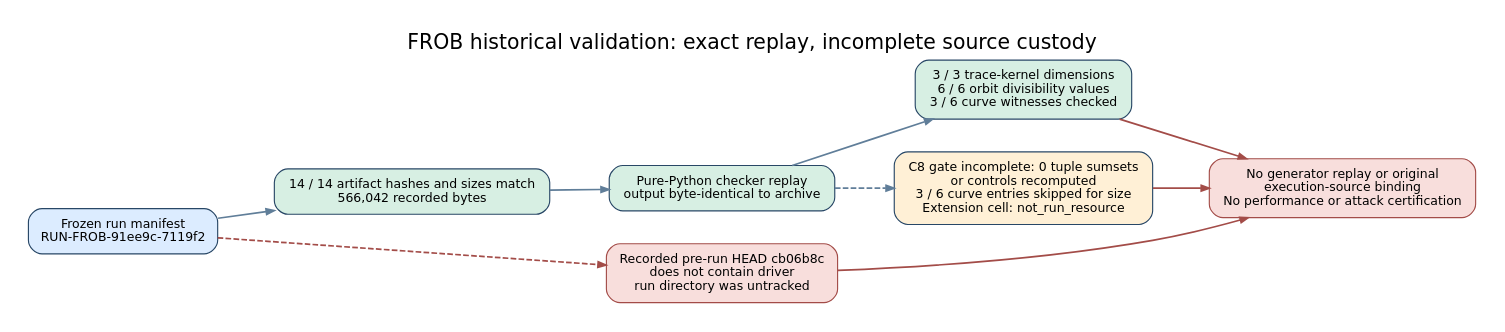
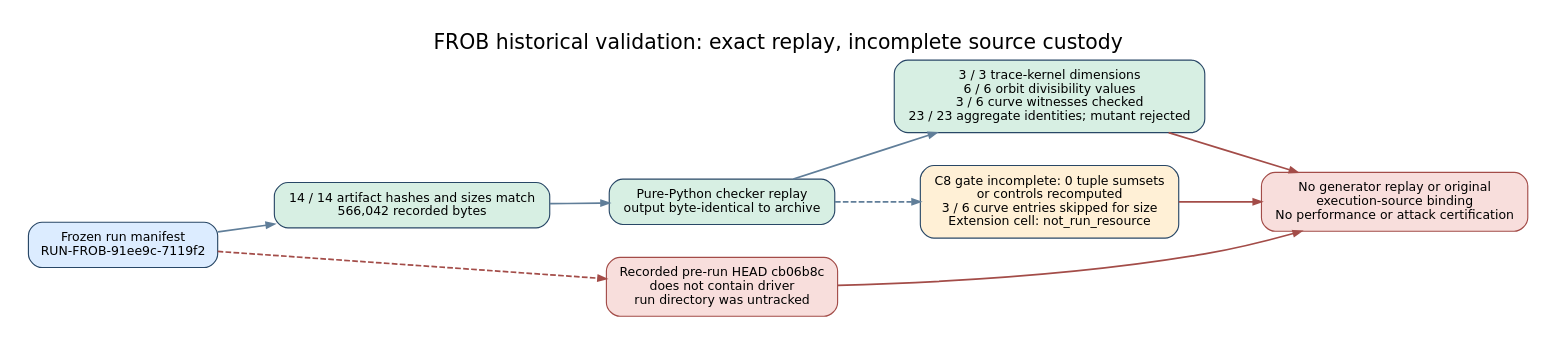
Before and after one commit to aburan28/crypto-autoresearcher: the diagram in docs/reports/2026-10-22-frob-provenance-audit/audit.dot, drawn with Graphviz. The commit also changed 9 other files, not shown here.

Commit message:
independently recheck FROB aggregate rational identities

```diff
--- a/docs/reports/2026-10-22-frob-provenance-audit/audit.dot
+++ b/docs/reports/2026-10-22-frob-provenance-audit/audit.dot
@@ -1,18 +1,18 @@
 digraph frob_audit {
   graph [rankdir=LR, bgcolor="white", pad="0.25", nodesep="0.4", ranksep="0.7", fontname="DejaVu Sans", fontsize=18, label="FROB historical validation: exact replay, incomplete source custody", labelloc=t];
   node [shape=box, style="rounded,filled", color="#284766", fillcolor="#e7f1fb", fontname="DejaVu Sans", fontsize=11, margin="0.16,0.11"];
   edge [color="#607e99", penwidth=1.5, arrowsize=0.7];
 
   manifest [label="Frozen run manifest\nRUN-FROB-91ee9c-7119f2", fillcolor="#dcecff"];
   artifacts [label="14 / 14 artifact hashes and sizes match\n566,042 recorded bytes", fillcolor="#d7efe3"];
   checker [label="Pure-Python checker replay\noutput byte-identical to archive", fillcolor="#d7efe3"];
-  checked [label="3 / 3 trace-kernel dimensions\n6 / 6 orbit divisibility values\n3 / 6 curve witnesses checked", fillcolor="#d7efe3"];
+  checked [label="3 / 3 trace-kernel dimensions\n6 / 6 orbit divisibility values\n3 / 6 curve witnesses checked\n23 / 23 aggregate identities; mutant rejected", fillcolor="#d7efe3"];
   partial [label="C8 gate incomplete: 0 tuple sumsets\nor controls recomputed\n3 / 6 curve entries skipped for size\nExtension cell: not_run_resource", fillcolor="#fff0d6"];
   source [label="Recorded pre-run HEAD cb06b8c\ndoes not contain driver\nrun directory was untracked", fillcolor="#f8dedc", color="#a34c48"];
   boundary [label="No generator replay or original\nexecution-source binding\nNo performance or attack certification", fillcolor="#f8dedc", color="#a34c48"];
 
   manifest -> artifacts -> checker -> checked;
   checker -> partial [style=dashed];
   manifest -> source [style=dashed, color="#a34c48"];
   {checked partial source} -> boundary [color="#a34c48"];
 }
```
